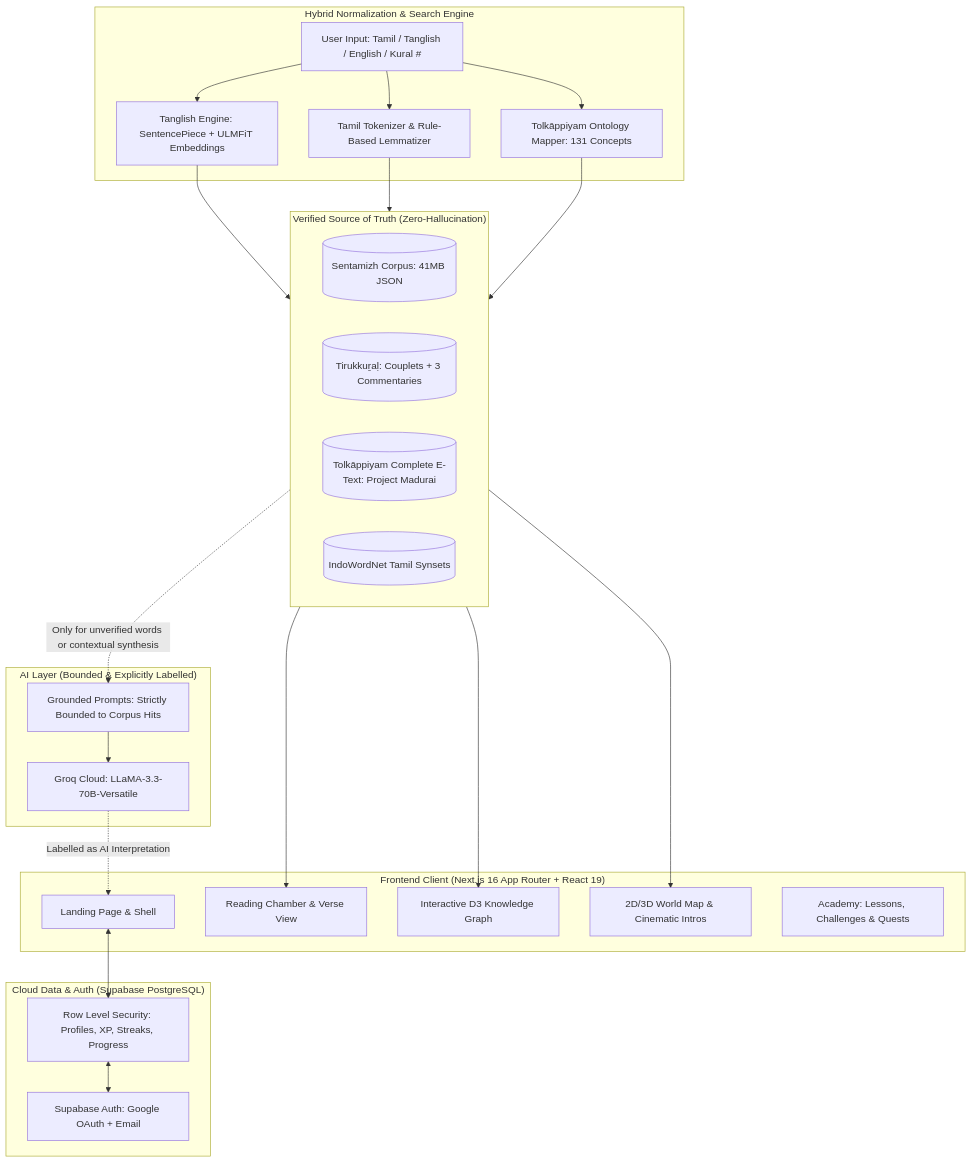
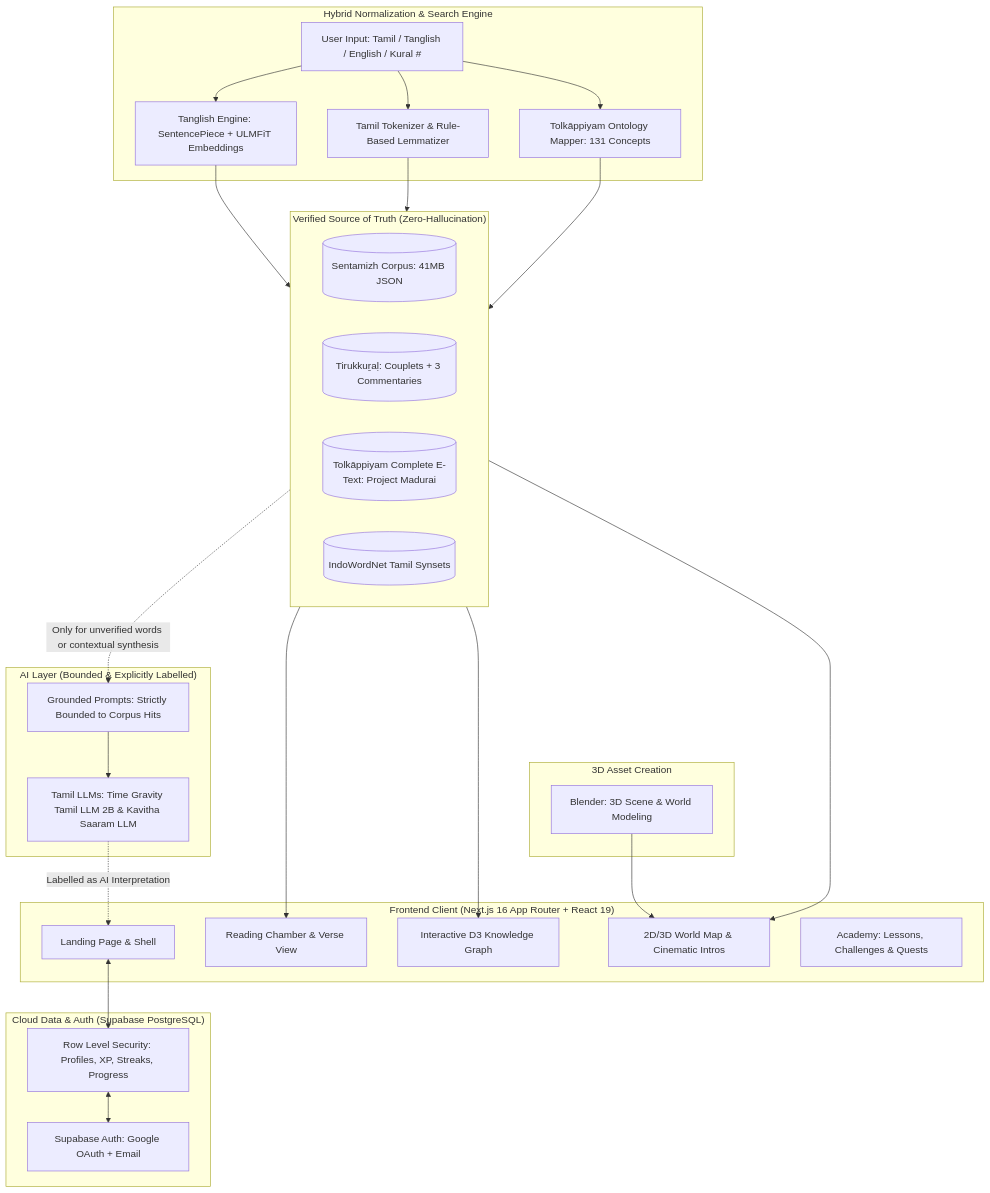
One commit to BLESSEDSAMUELES/Solveli-Ulagam changed the first of 2 diagrams in README.md. Above: the diagram before and after it, drawn with Mermaid. The commit also changed other lines of this file and 18 other files, not shown here.

````diff
--- a/README.md
+++ b/README.md
@@ -60,47 +61,52 @@
 ```mermaid
 flowchart TD
     subgraph Client["Frontend Client (Next.js 16 App Router + React 19)"]
         UI[Landing Page & Shell]
         RC[Reading Chamber & Verse View]
         KG[Interactive D3 Knowledge Graph]
         WM[2D/3D World Map & Cinematic Intros]
         GH[Academy: Lessons, Challenges & Quests]
+    end
+
+    subgraph 3DModeling["3D Asset Creation"]
+        BLENDER[Blender: 3D Scene & World Modeling]
     end
 
     subgraph SearchEngine["Hybrid Normalization & Search Engine"]
         IN[User Input: Tamil / Tanglish / English / Kural #]
         TL[Tanglish Engine: SentencePiece + ULMFiT Embeddings]
         LEM[Tamil Tokenizer & Rule-Based Lemmatizer]
         ONT[Tolkāppiyam Ontology Mapper: 131 Concepts]
     end
 
     subgraph DataTruth["Verified Source of Truth (Zero-Hallucination)"]
         CORPUS[(Sentamizh Corpus: 41MB JSON)]
         KURAL[(Tirukkuṟaḷ: Couplets + 3 Commentaries)]
         THOL[(Tolkāppiyam Complete E-Text: Project Madurai)]
         IWN[(IndoWordNet Tamil Synsets)]
     end
 
     subgraph AI["AI Layer (Bounded & Explicitly Labelled)"]
-        GROQ[Groq Cloud: LLaMA-3.3-70B-Versatile]
+        LLM[Tamil LLMs: Time Gravity Tamil LLM 2B & Kavitha Saaram LLM]
         BOUND[Grounded Prompts: Strictly Bounded to Corpus Hits]
     end
 
     subgraph Storage["Cloud Data & Auth (Supabase PostgreSQL)"]
         AUTH[Supabase Auth: Google OAuth + Email]
         RLS[Row Level Security: Profiles, XP, Streaks, Progress]
     end
 
+    BLENDER --> WM
     IN --> TL
     IN --> LEM
     IN --> ONT
     TL & LEM & ONT --> DataTruth
     DataTruth --> RC
     DataTruth --> KG
     DataTruth --> WM
     DataTruth -.->|Only for unverified words or contextual synthesis| BOUND
-    BOUND --> GROQ
-    GROQ -.->|Labelled as AI Interpretation| UI
+    BOUND --> LLM
+    LLM -.->|Labelled as AI Interpretation| UI
     UI <--> RLS
     RLS <--> AUTH
 ```
````
